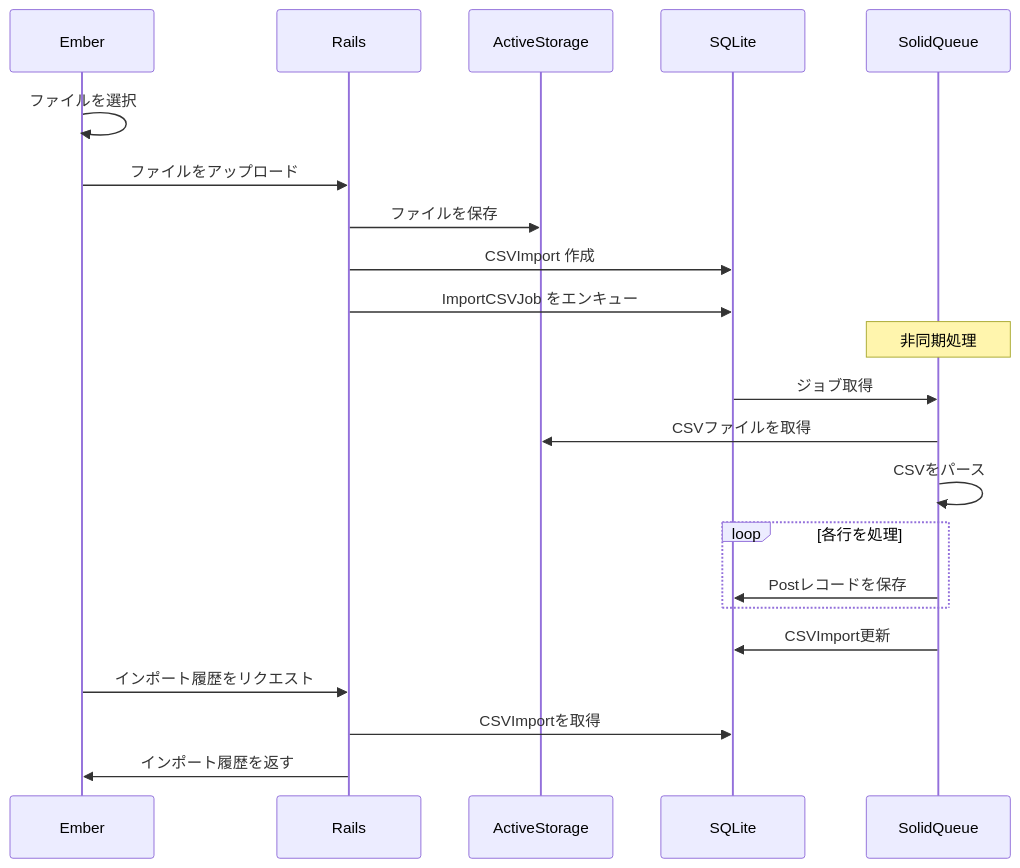
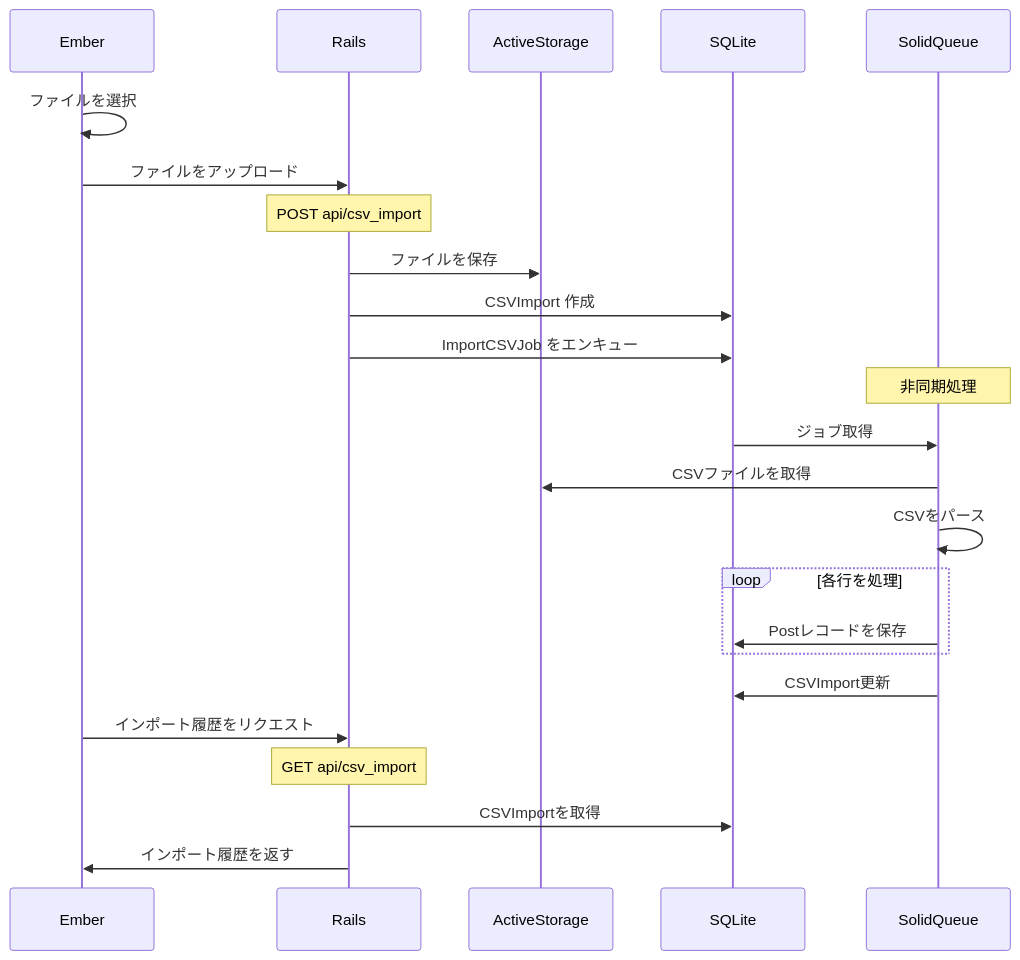
One commit to maimux2x/til changed the diagram in concepts/architecture/csv_import.md. Above: the diagram before and after it, drawn with Mermaid. The commit also changed 1 other file, not shown here.

Commit message:
Add Rails endpoint

````diff
--- a/concepts/architecture/csv_import.md
+++ b/concepts/architecture/csv_import.md
@@ -13,21 +13,23 @@
 ```mermaid
 sequenceDiagram
   Ember->>Ember: ファイルを選択
   Ember->>Rails: ファイルをアップロード
+  Note over Rails: POST api/csv_import
   Rails->>ActiveStorage: ファイルを保存
   Rails->>SQLite: CSVImport 作成
   Rails->>SQLite: ImportCSVJob をエンキュー
   
   Note over SolidQueue: 非同期処理
   SQLite->>SolidQueue: ジョブ取得
   SolidQueue->>ActiveStorage: CSVファイルを取得
   SolidQueue->>SolidQueue: CSVをパース
   loop 各行を処理
     SolidQueue->>SQLite:Postレコードを保存
   end
   SolidQueue->>SQLite: CSVImport更新
   
   Ember->>Rails: インポート履歴をリクエスト
+  Note over Rails: GET api/csv_import
   Rails->>SQLite: CSVImportを取得
   Rails->>Ember: インポート履歴を返す
 ```
````
